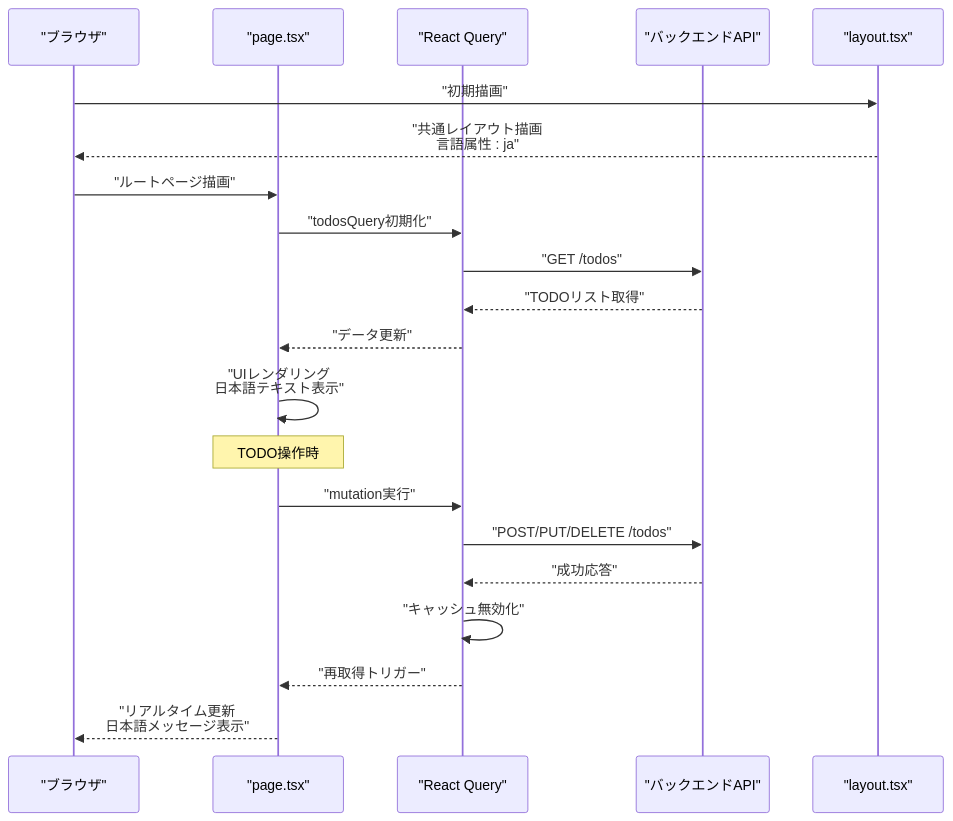
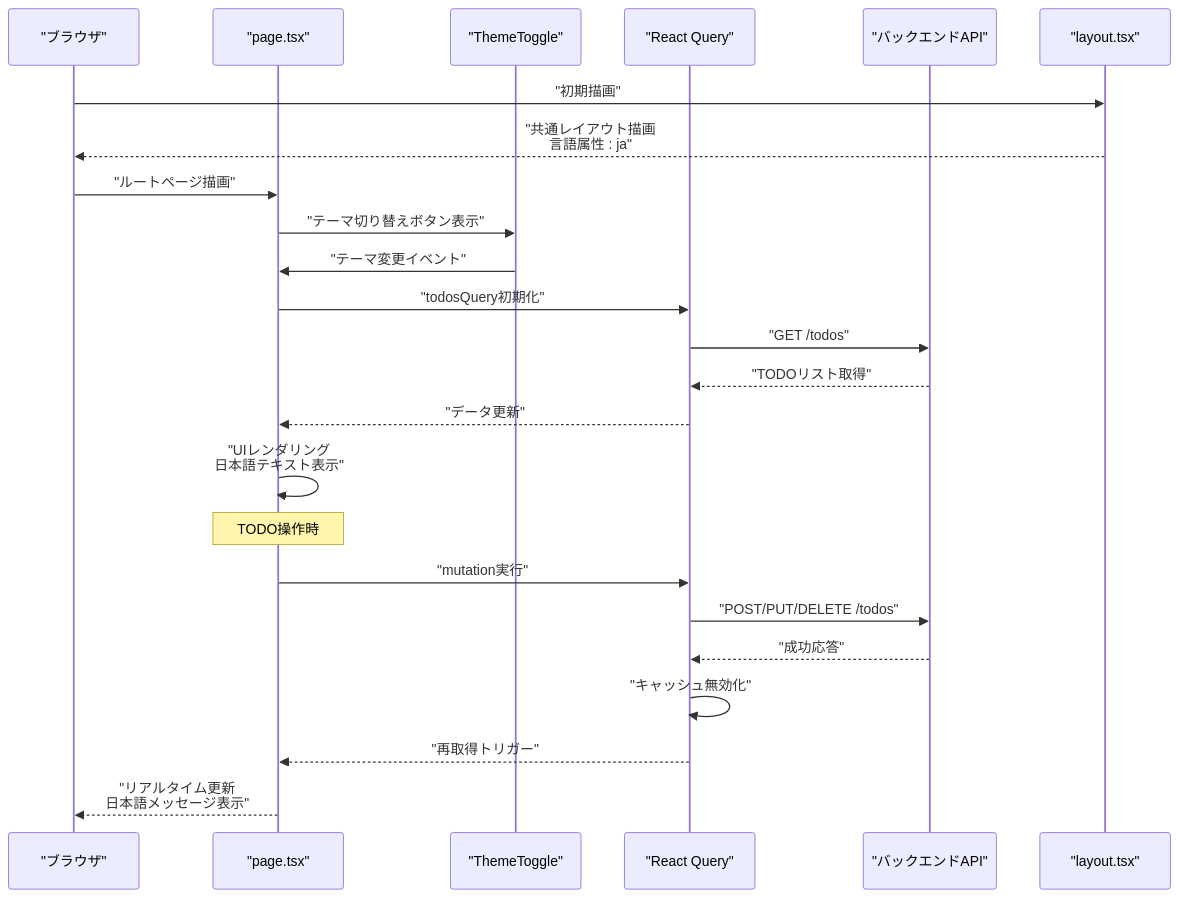
One commit to ss8806/Todos changed the fourth of 14 diagrams in .qoder/repowiki/ja/content/フロントエンド開発.md. Above: the diagram before and after it, drawn with Mermaid. The commit also changed other lines of this file and 6 other files, not shown here.

````diff
--- a/.qoder/repowiki/ja/content/フロントエンド開発.md
+++ b/.qoder/repowiki/ja/content/フロントエンド開発.md
@@ -294,23 +312,26 @@
 ```mermaid
 sequenceDiagram
 participant Browser as "ブラウザ"
 participant Page as "page.tsx"
+participant ThemeToggle as "ThemeToggle"
 participant Query as "React Query"
 participant API as "バックエンドAPI"
 participant Layout as "layout.tsx"
 Browser->>Layout : "初期描画"
 Layout-->>Browser : "共通レイアウト描画<br/>言語属性 : ja"
 Browser->>Page : "ルートページ描画"
+Page->>ThemeToggle : "テーマ切り替えボタン表示"
+ThemeToggle->>Page : "テーマ変更イベント"
 Page->>Query : "todosQuery初期化"
 Query->>API : "GET /todos"
 API-->>Query : "TODOリスト取得"
 Query-->>Page : "データ更新"
 Page->>Page : "UIレンダリング<br/>日本語テキスト表示"
 Note over Page : TODO操作時
 Page->>Query : "mutation実行"
 Query->>API : "POST/PUT/DELETE /todos"
 API-->>Query : "成功応答"
 Query->>Query : "キャッシュ無効化"
 Query-->>Page : "再取得トリガー"
 Page-->>Browser : "リアルタイム更新<br/>日本語メッセージ表示"
 ```
````
